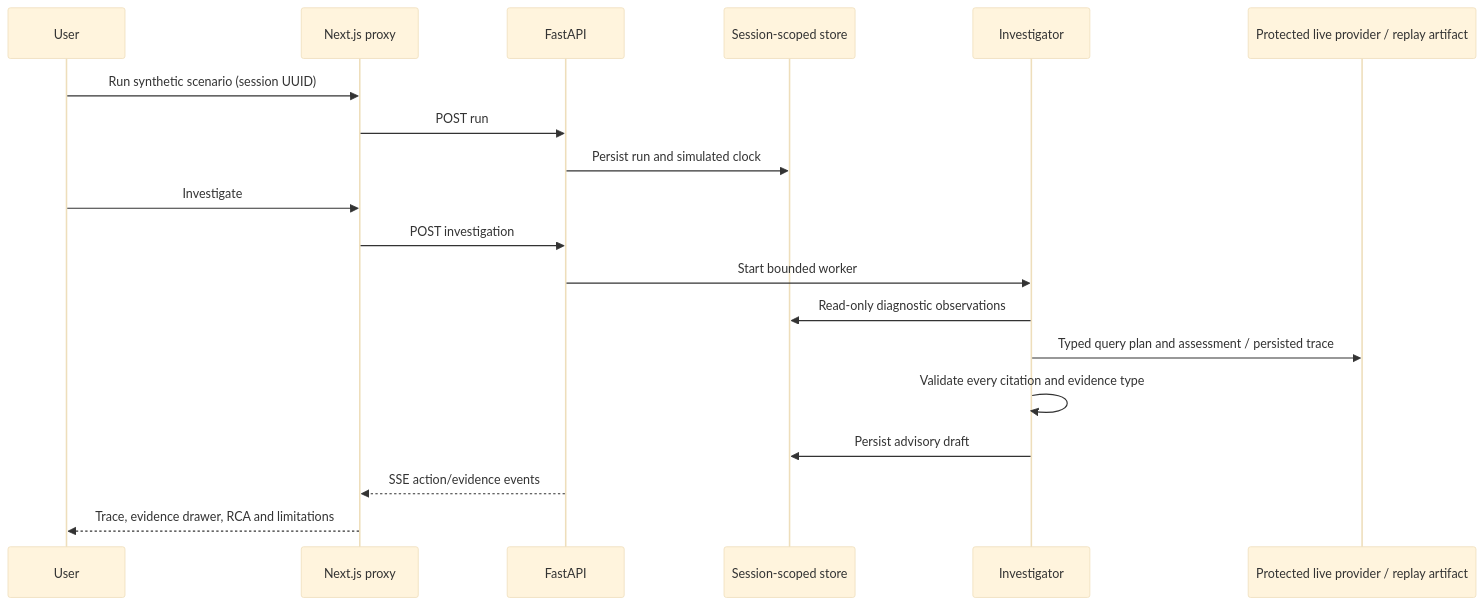
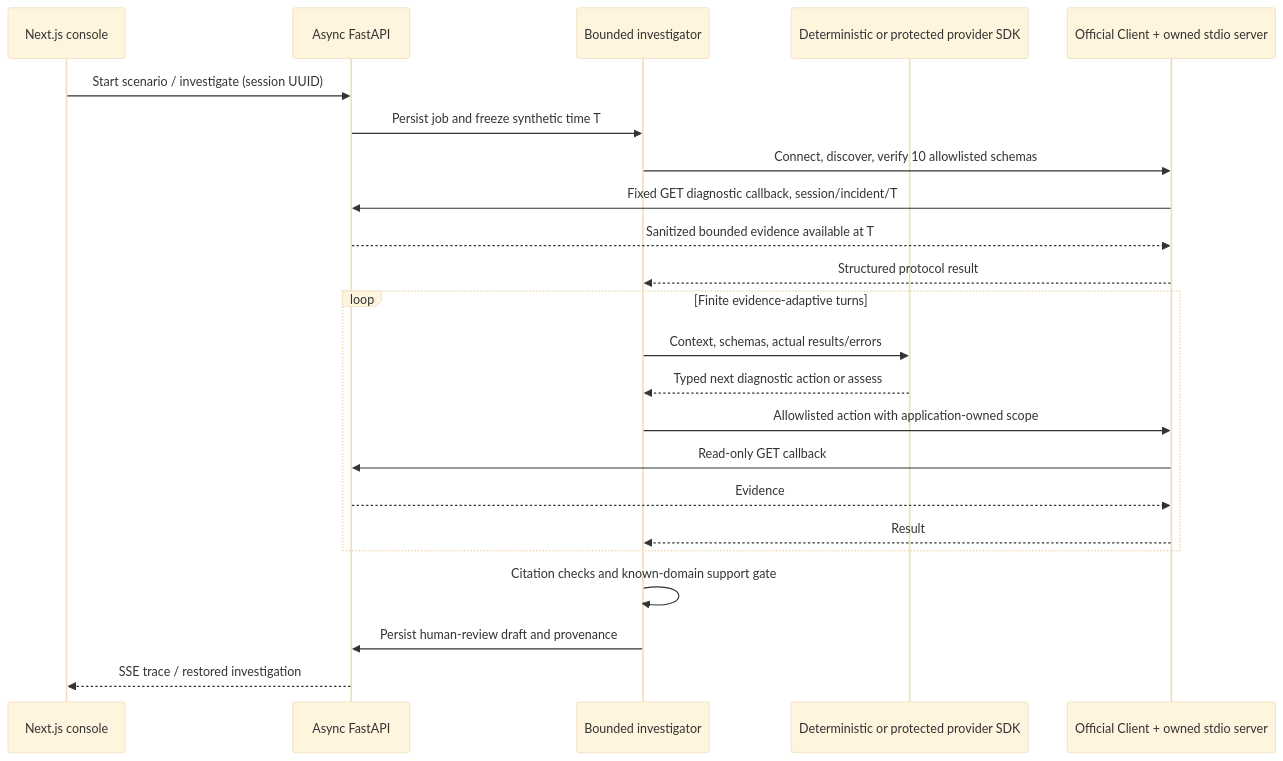
The diagram in docs/ARCHITECTURE.md (farhan-shafee/creditops-ai), drawn with Mermaid (base theme) before and after one commit. The commit also changed other lines of this file and 88 other files, not shown here.

Commit message:
feat: add evidence-adaptive MCP investigations and synthetic request impact

````diff
--- a/docs/ARCHITECTURE.md
+++ b/docs/ARCHITECTURE.md
@@ -20,21 +5,25 @@
 ```mermaid
 sequenceDiagram
- participant User
- participant Web as Next.js proxy
- participant API as FastAPI
- participant Store as Session-scoped store
- participant Agent as Investigator
- participant Provider as Protected live provider / replay artifact
- User->>Web: Run synthetic scenario (session UUID)
- Web->>API: POST run
- API->>Store: Persist run and simulated clock
- User->>Web: Investigate
- Web->>API: POST investigation
- API->>Agent: Start bounded worker
- Agent->>Store: Read-only diagnostic observations
- Agent->>Provider: Typed query plan and assessment / persisted trace
- Agent->>Agent: Validate every citation and evidence type
- Agent->>Store: Persist advisory draft
- API-->>Web: SSE action/evidence events
- Web-->>User: Trace, evidence drawer, RCA and limitations
+ participant UI as Next.js console
+ participant API as Async FastAPI
+ participant Worker as Bounded investigator
+ participant Provider as Deterministic or protected provider SDK
+ participant MCP as Official Client + owned stdio server
+ UI->>API: Start scenario / investigate (session UUID)
+ API->>Worker: Persist job and freeze synthetic time T
+ Worker->>MCP: Connect, discover, verify 10 allowlisted schemas
+ MCP->>API: Fixed GET diagnostic callback, session/incident/T
+ API-->>MCP: Sanitized bounded evidence available at T
+ MCP-->>Worker: Structured protocol result
+ loop Finite evidence-adaptive turns
+ Worker->>Provider: Context, schemas, actual results/errors
+ Provider-->>Worker: Typed next diagnostic action or assess
+ Worker->>MCP: Allowlisted action with application-owned scope
+ MCP->>API: Read-only GET callback
+ API-->>MCP: Evidence
+ MCP-->>Worker: Result
+ end
+ Worker->>Worker: Citation checks and known-domain support gate
+ Worker->>API: Persist human-review draft and provenance
+ API-->>UI: SSE trace / restored investigation
 ```
````
